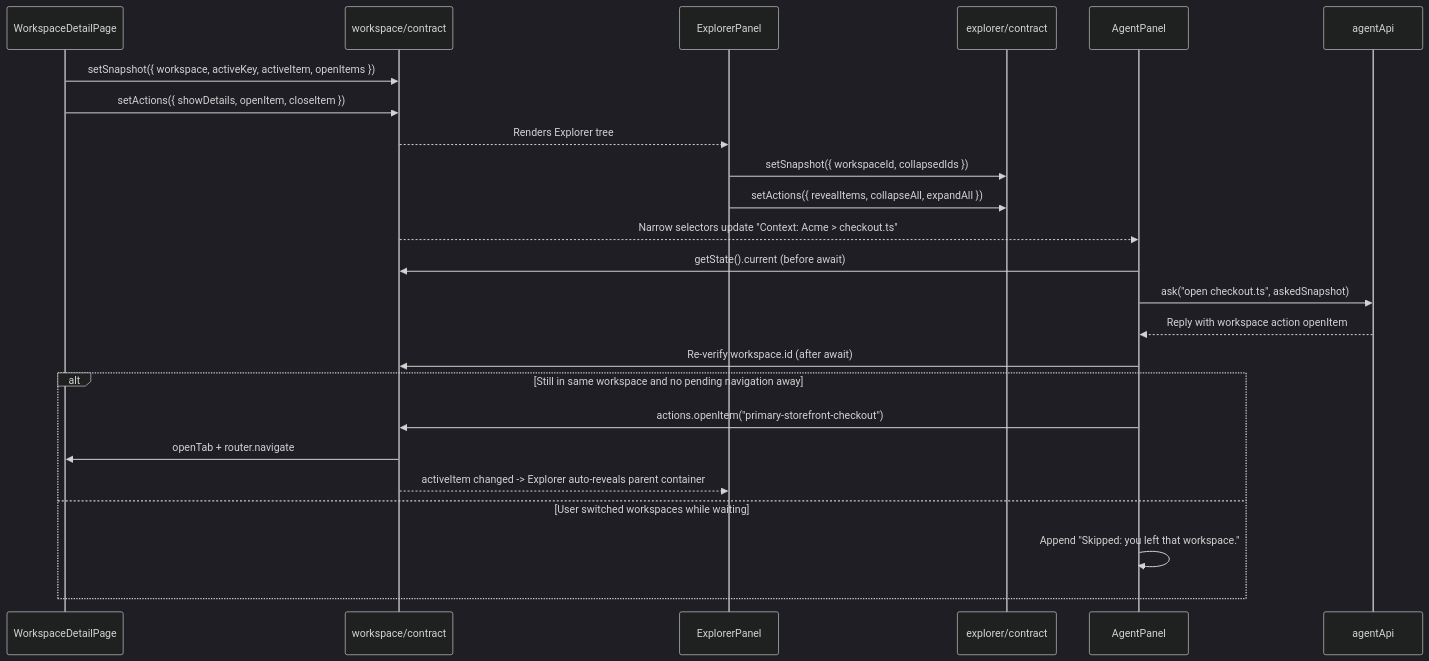
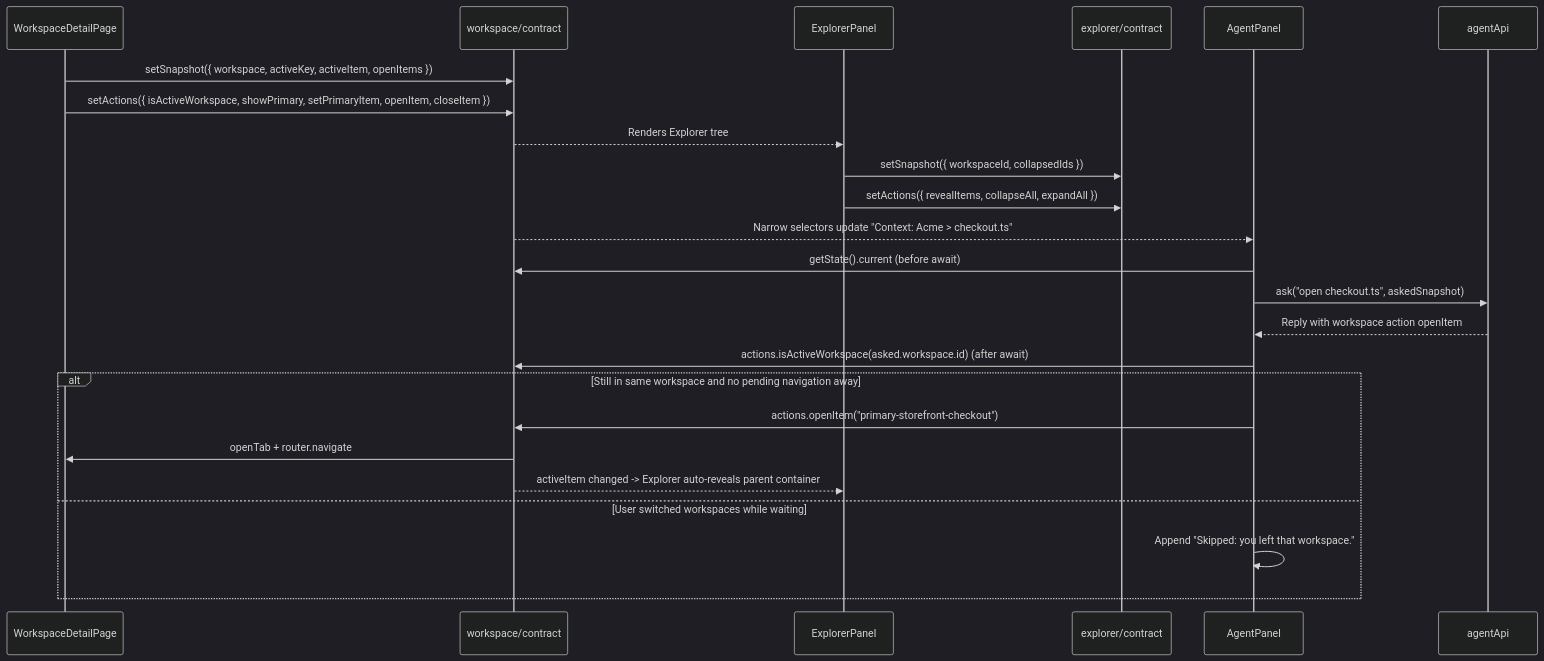
One commit to ppongtong/ide-shell changed the eighth of 12 diagrams in docs/DESIGN.md. Above: the diagram before and after it, drawn with Mermaid (dark theme). The commit also changed other lines of this file and 42 other files, not shown here.

Commit message:
Simplify ItemRenderer contract, add pluggable primary feature, and create workspaces via dialog

````diff
--- a/docs/DESIGN.md
+++ b/docs/DESIGN.md
@@ -411,28 +404,28 @@
 ```mermaid
 sequenceDiagram
     participant Page as WorkspaceDetailPage
     participant WsC as workspace/contract
     participant Exp as ExplorerPanel
     participant ExpC as explorer/contract
     participant Agent as AgentPanel
     participant API as agentApi
 
     Page->>WsC: setSnapshot({ workspace, activeKey, activeItem, openItems })
-    Page->>WsC: setActions({ showDetails, openItem, closeItem })
+    Page->>WsC: setActions({ isActiveWorkspace, showPrimary, setPrimaryItem, openItem, closeItem })
     WsC-->>Exp: Renders Explorer tree
     Exp->>ExpC: setSnapshot({ workspaceId, collapsedIds })
     Exp->>ExpC: setActions({ revealItems, collapseAll, expandAll })
     WsC-->>Agent: Narrow selectors update "Context: Acme > checkout.ts"
 
     Agent->>WsC: getState().current (before await)
     Agent->>API: ask("open checkout.ts", askedSnapshot)
     API-->>Agent: Reply with workspace action openItem
-    Agent->>WsC: Re-verify workspace.id (after await)
+    Agent->>WsC: actions.isActiveWorkspace(asked.workspace.id) (after await)
     alt Still in same workspace and no pending navigation away
       Agent->>WsC: actions.openItem("primary-storefront-checkout")
       WsC->>Page: openTab + router.navigate
       WsC-->>Exp: activeItem changed -> Explorer auto-reveals parent container
     else User switched workspaces while waiting
       Agent->>Agent: Append "Skipped: you left that workspace."
     end
 ```
````
